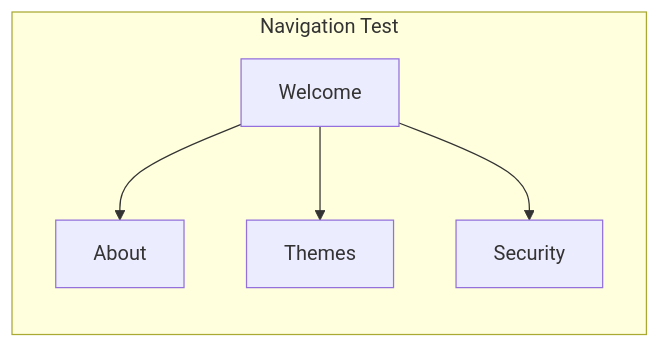
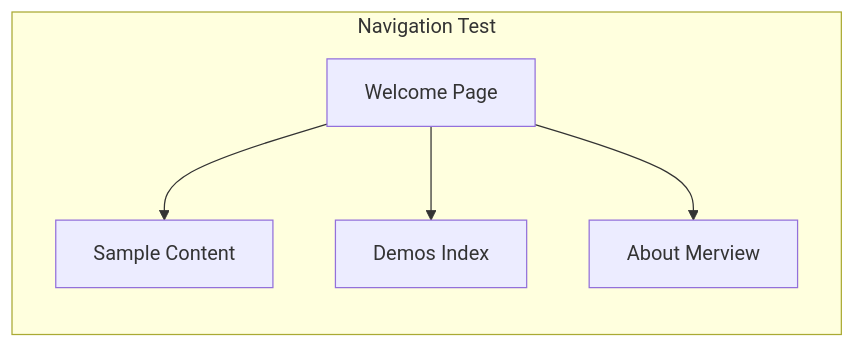
The third of 44 diagrams in docs/demos/mermaid-diagrams.md (mickdarling/merview), drawn with Mermaid before and after one commit. The commit also changed other lines of this file and 2 other files, not shown here.

First line of the commit message:
refactor: Address Claude review feedback on Mermaid test suite

````diff
--- a/docs/demos/mermaid-diagrams.md
+++ b/docs/demos/mermaid-diagrams.md
@@ -66,18 +66,18 @@
 ```mermaid
 graph LR
     subgraph Navigation Test
-        A[Welcome]
-        B[About]
-        C[Themes]
-        D[Security]
+        A[Welcome Page]
+        B[Sample Content]
+        C[Demos Index]
+        D[About Merview]
     end
 
     A --> B
     A --> C
     A --> D
 
     click A "/?sample" "Go to Welcome"
-    click B "/?url=docs/about.md" "Go to About"
-    click C "/?url=docs/themes.md" "Go to Themes"
-    click D "/?url=docs/security.md" "Go to Security"
+    click B "/?url=docs/demos/sample.md" "Go to Sample"
+    click C "/?url=docs/demos/index.md" "Go to Demos"
+    click D "/?url=docs/about.md" "Go to About"
 ```
````
